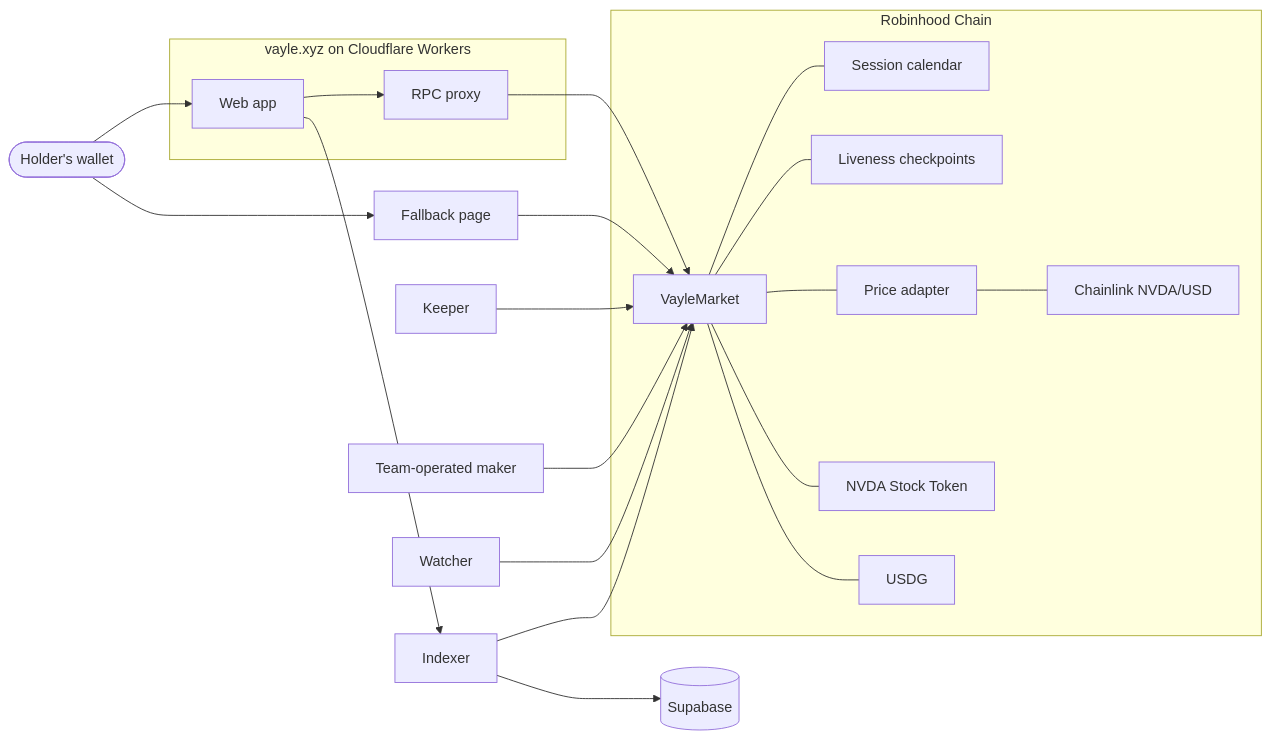
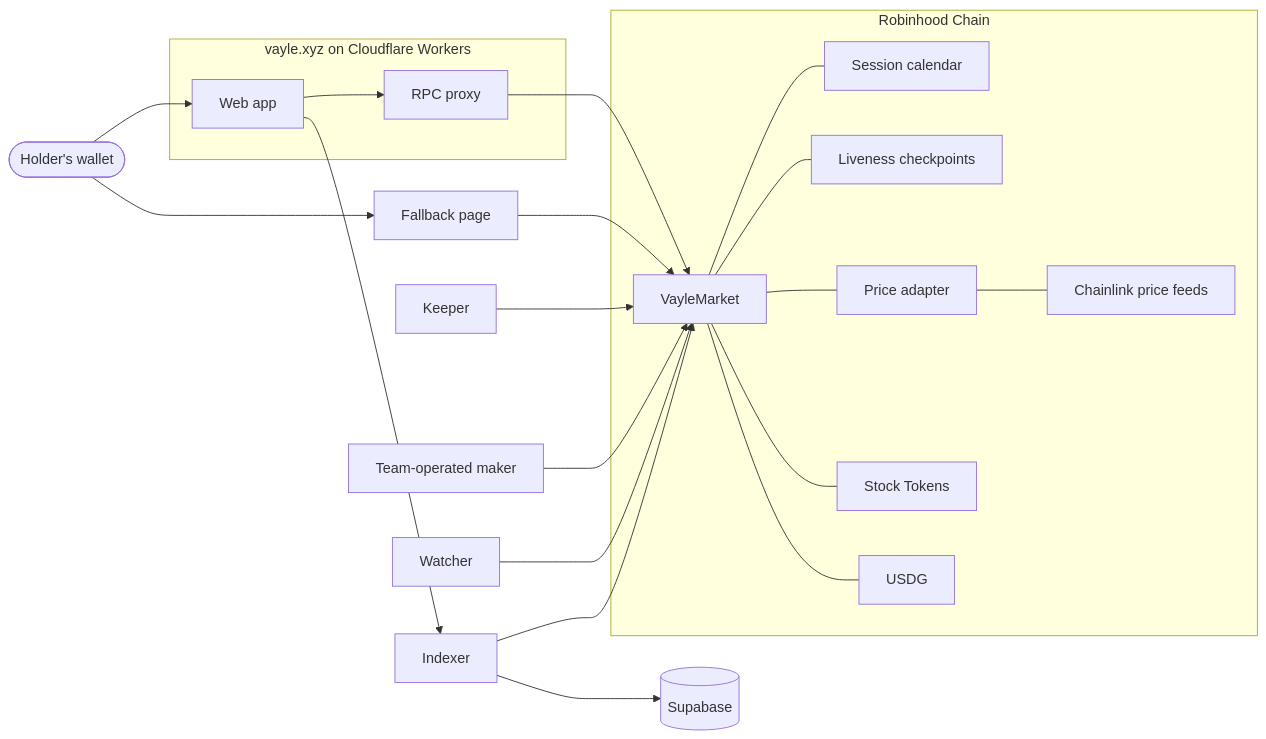
Before and after one commit to winsznx/vayle: the diagram in README.md, drawn with Mermaid. The commit also changed other lines of this file and 4 other files, not shown here.

````diff
--- a/README.md
+++ b/README.md
@@ -49,39 +53,39 @@
 ```mermaid
 flowchart LR
   holder([Holder's wallet])
   subgraph site[vayle.xyz on Cloudflare Workers]
     app[Web app]
     proxy[RPC proxy]
   end
   fallback[Fallback page]
   subgraph chain[Robinhood Chain]
     market[VayleMarket]
     calendar[Session calendar]
     liveness[Liveness checkpoints]
     adapter[Price adapter]
-    nvda[NVDA Stock Token]
+    tokens[Stock Tokens]
     usdg[USDG]
-    feed[Chainlink NVDA/USD]
+    feed[Chainlink price feeds]
   end
   keeper[Keeper]
   maker[Team-operated maker]
   watcher[Watcher]
   indexer[Indexer]
   db[(Supabase)]
 
   holder --> app
   holder --> fallback
   app --> proxy --> market
   app --> indexer
   fallback --> market
   keeper --> market
   maker --> market
   watcher --> market
   indexer --> market
   indexer --> db
   market --- calendar
   market --- liveness
   market --- adapter --- feed
-  market --- nvda
+  market --- tokens
   market --- usdg
 ```
````
